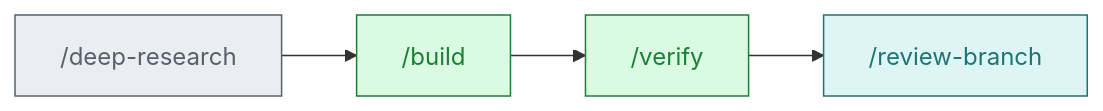
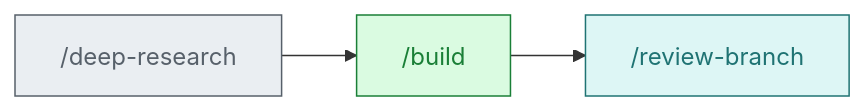
One commit to DoctorMozg/claude-pipelines changed the first of 10 diagrams in README.md. Above: the diagram before and after it, drawn with Mermaid. The commit also changed other lines of this file and 73 other files, not shown here.

````diff
--- a/README.md
+++ b/README.md
@@ -15,9 +15,8 @@
 ```mermaid
 flowchart LR
     A["/deep-research"]:::research --> B["/build"]:::pipe
-    B --> C["/verify"]:::pipe
-    C --> D["/review-branch"]:::git
+    B --> C["/review-branch"]:::git
     classDef research fill:#eaeef2,stroke:#57606a,color:#57606a
     classDef pipe fill:#dafbe1,stroke:#1a7f37,color:#1a7f37
     classDef git fill:#ddf6f5,stroke:#1f7373,color:#1f7373
 ```
````
